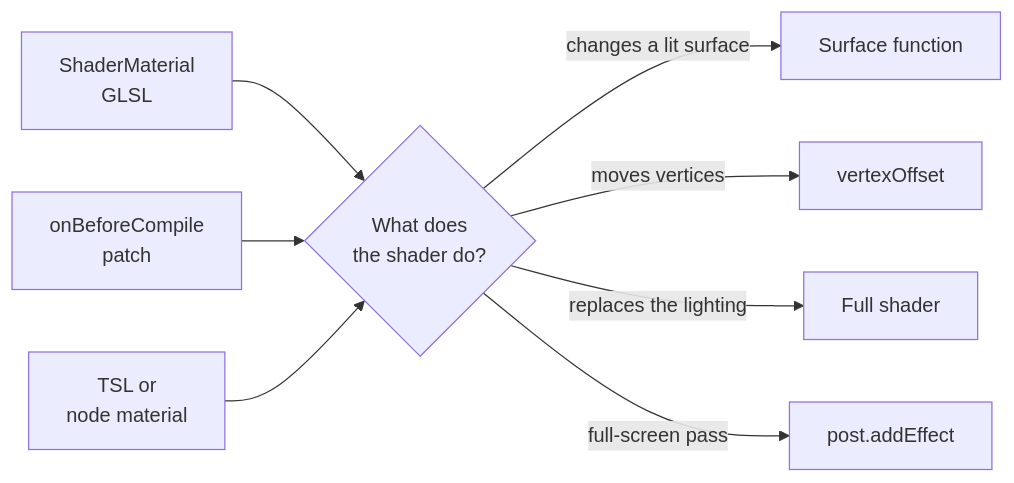
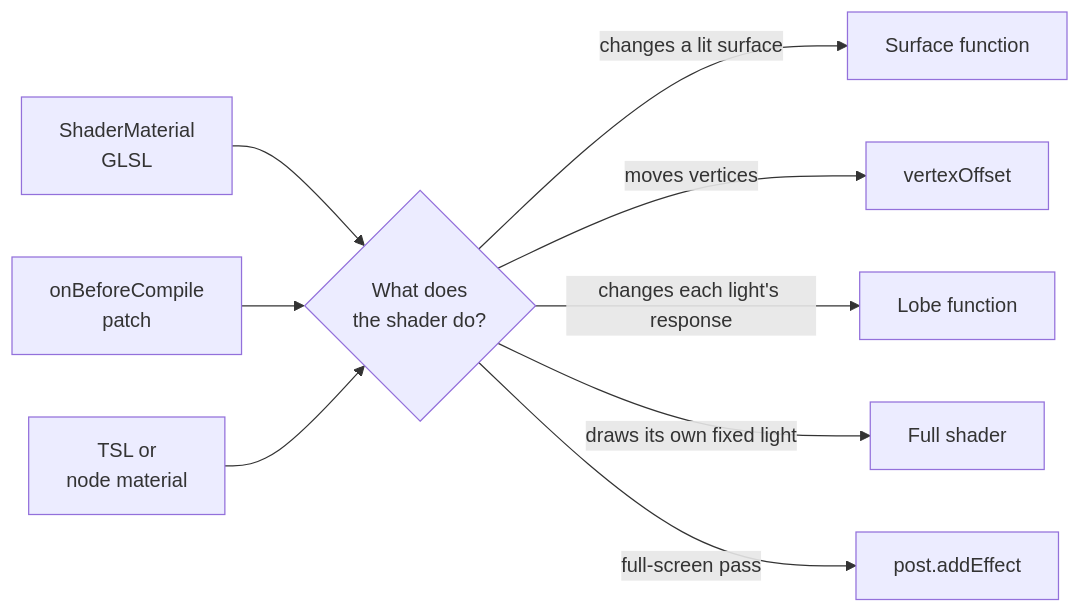
Before and after one commit to null3d-engine/null3d: the diagram in docs/porting/threejs-shaders.md, drawn with Mermaid. The commit also changed other lines of this file and 175 other files, not shown here.

````diff
--- a/docs/porting/threejs-shaders.md
+++ b/docs/porting/threejs-shaders.md
@@ -13,10 +9,11 @@
 ```mermaid
 flowchart LR
     glsl["ShaderMaterial<br/>GLSL"] --> pick{"What does<br/>the shader do?"}
     obc["onBeforeCompile<br/>patch"] --> pick
     tsl["TSL or<br/>node material"] --> pick
     pick -- "changes a lit surface" --> surface["Surface function"]
     pick -- "moves vertices" --> offset["vertexOffset"]
-    pick -- "replaces the lighting" --> full["Full shader"]
+    pick -- "changes each light's response" --> lobe["Lobe function"]
+    pick -- "draws its own fixed light" --> full["Full shader"]
     pick -- "full-screen pass" --> effect["post.addEffect"]
 ```
````
